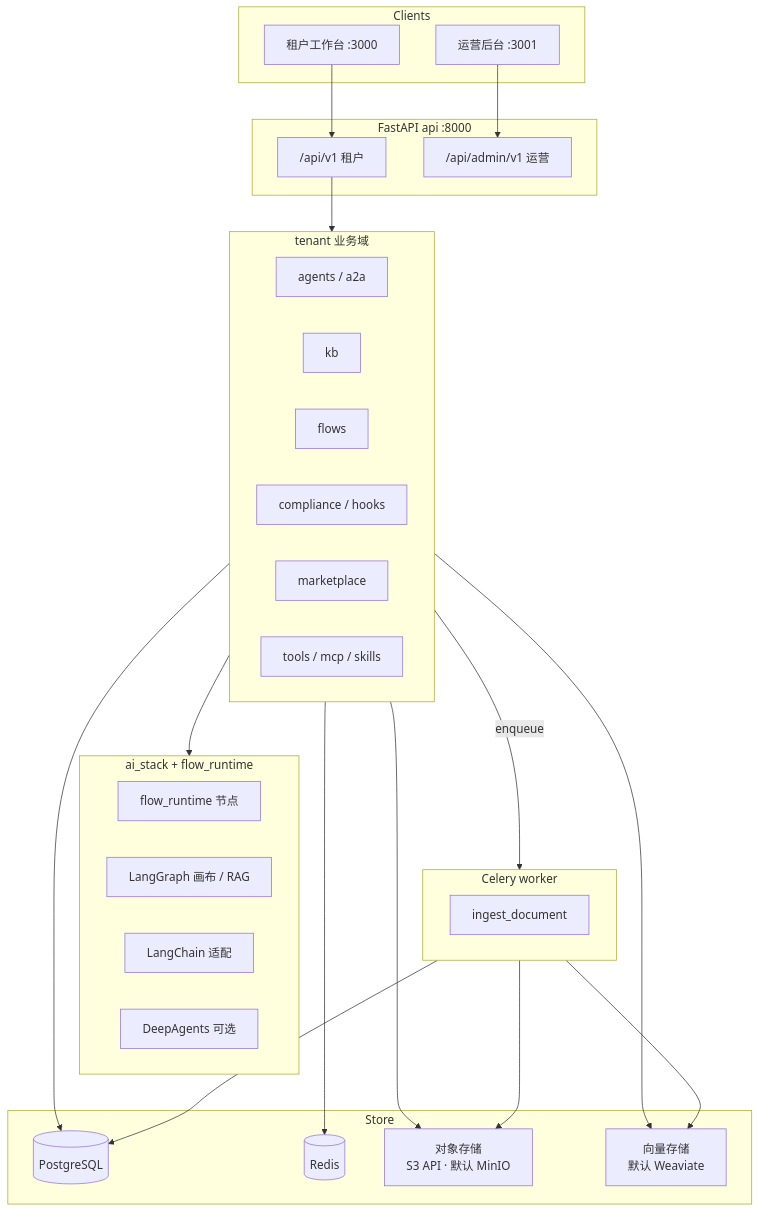
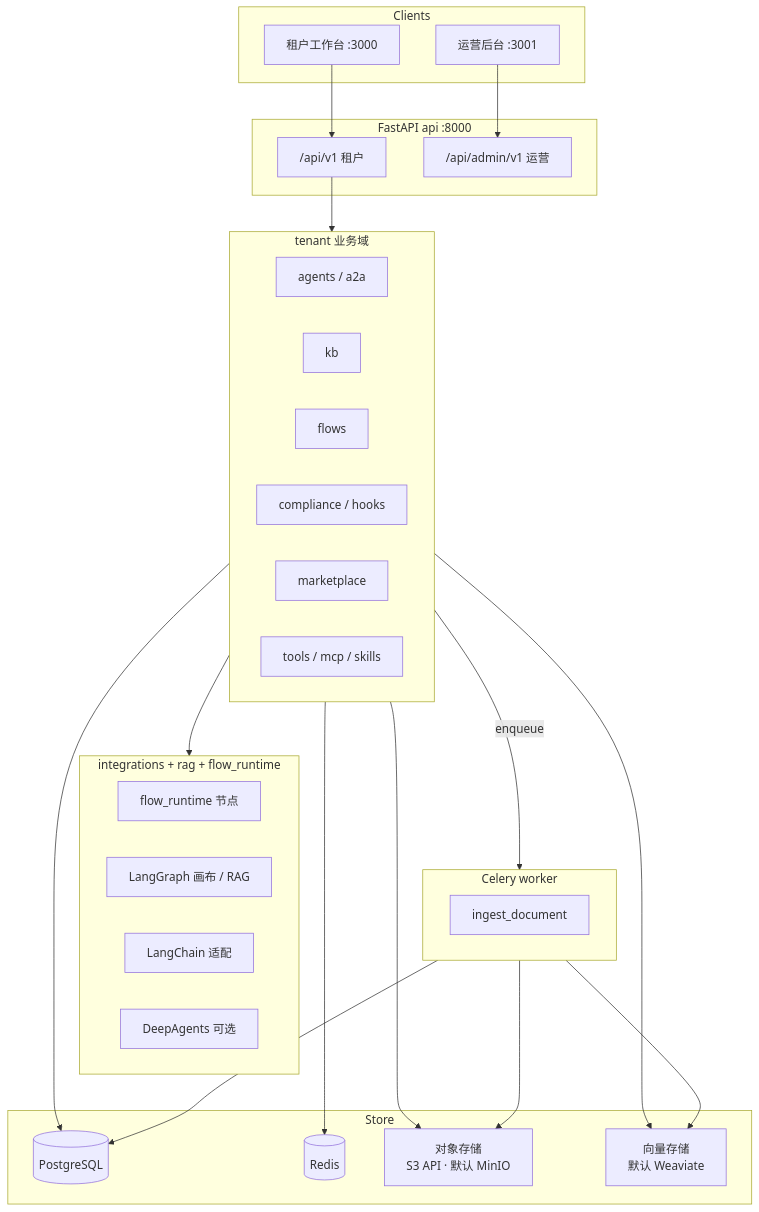
Before and after one commit to miles-ai-saas/MilesAi: the first of 3 diagrams in docs/architecture/technical-design.md, drawn with Mermaid. The commit also changed other lines of this file and 144 other files, not shown here.

````diff
--- a/docs/architecture/technical-design.md
+++ b/docs/architecture/technical-design.md
@@ -58,52 +58,52 @@
 ```mermaid
 flowchart TB
     subgraph Clients
         WEB[租户工作台 :3000]
         ADM[运营后台 :3001]
     end
 
     subgraph API["FastAPI api :8000"]
         V1["/api/v1 租户"]
         ADM_API["/api/admin/v1 运营"]
     end
 
     subgraph BL["tenant 业务域"]
         AGT[agents / a2a]
         KB[kb]
         FLW[flows]
         CMP[compliance / hooks]
         MKT[marketplace]
         TOOL[tools / mcp / skills]
     end
 
-    subgraph AI["ai_stack + flow_runtime"]
+    subgraph AI["integrations + rag + flow_runtime"]
         FR[flow_runtime 节点]
         LG[LangGraph 画布 / RAG]
         LC[LangChain 适配]
         DA[DeepAgents 可选]
     end
 
     subgraph Worker["Celery worker"]
         ING[ingest_document]
     end
 
     subgraph Store
         PG[(PostgreSQL)]
         RD[(Redis)]
         OBJ["对象存储<br/>S3 API · 默认 MinIO"]
         VEC["向量存储<br/>默认 Weaviate"]
     end
 
     WEB --> V1
     ADM --> ADM_API
     V1 --> BL
     BL --> AI
     BL --> PG
     BL --> RD
     BL --> OBJ
     BL --> VEC
     BL -->|enqueue| Worker
     Worker --> OBJ
     Worker --> VEC
     Worker --> PG
 ```
````
